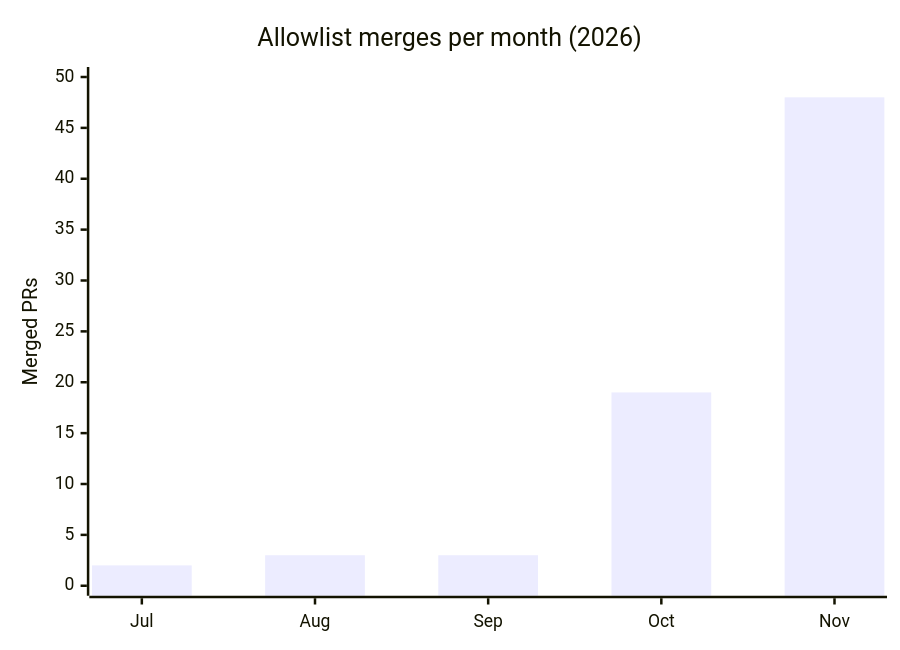
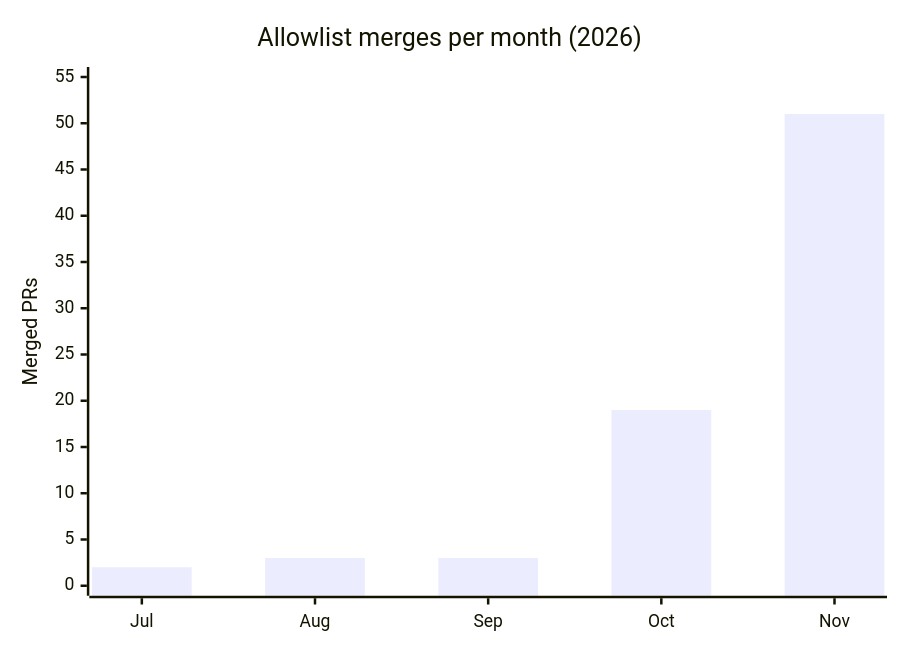
One commit to mangeshraut712/mangeshraut712 changed the second of 2 diagrams in README.md. Above: the diagram before and after it, drawn with Mermaid. The commit also changed other lines of this file and 2 other files, not shown here.

````diff
--- a/README.md
+++ b/README.md
@@ -321,7 +321,7 @@
 ```mermaid
 xychart-beta
   title "Allowlist merges per month (2026)"
   x-axis [Jul, Aug, Sep, Oct, Nov]
-  y-axis "Merged PRs" 0 --> 50
-  bar [2, 3, 3, 19, 48]
+  y-axis "Merged PRs" 0 --> 55
+  bar [2, 3, 3, 19, 51]
 ```
````
